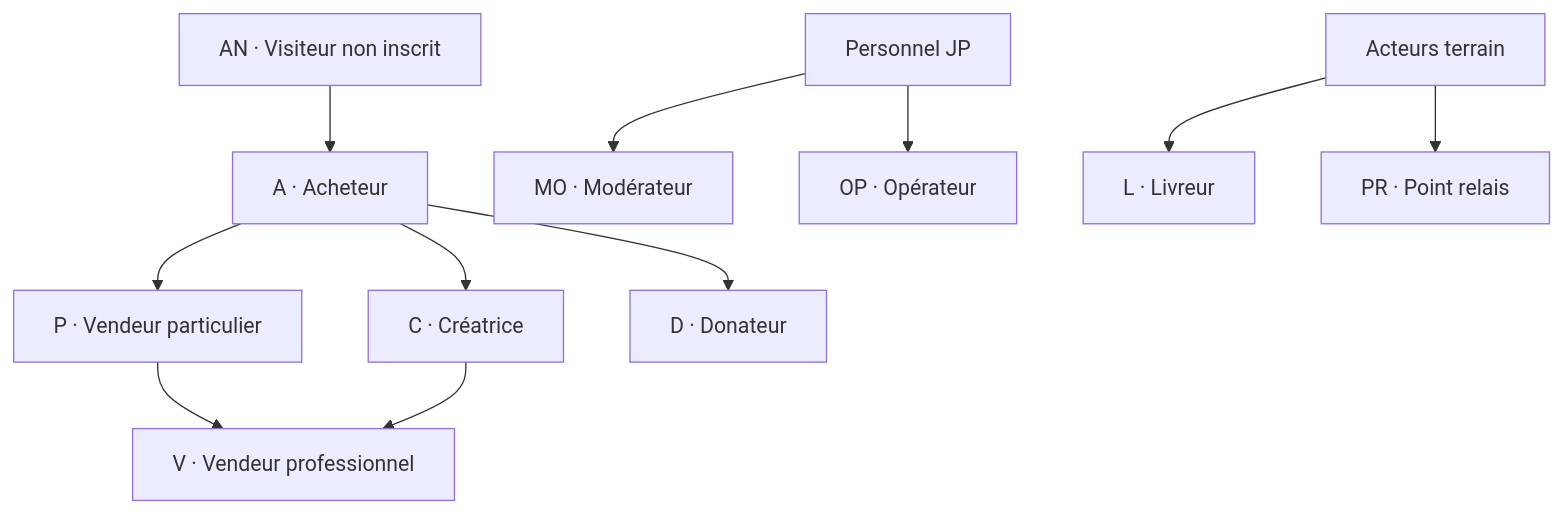
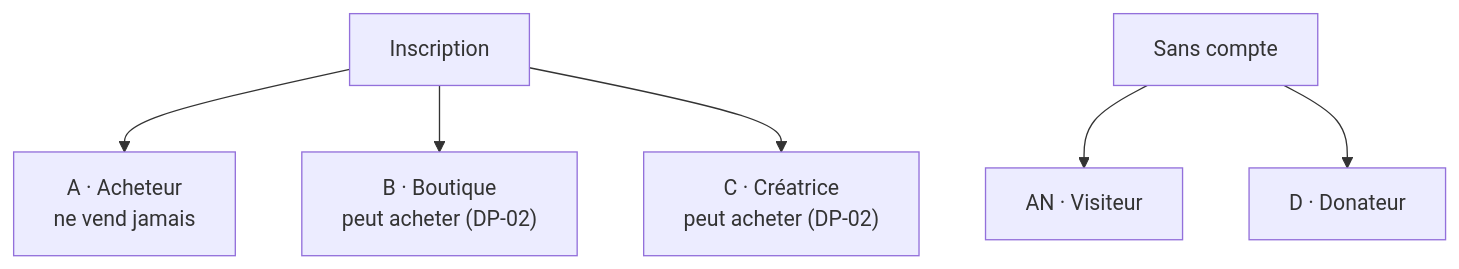
One commit to andokevin/jp changed the first of 26 diagrams in docs/JP_CAS_UTILISATION.md. Above: the diagram before and after it, drawn with Mermaid. The commit also changed other lines of this file and 58 other files, not shown here.

````diff
--- a/docs/JP_CAS_UTILISATION.md
+++ b/docs/JP_CAS_UTILISATION.md
@@ -46,13 +53,8 @@
 ```mermaid
 flowchart TD
-    AN["AN · Visiteur non inscrit"] --> A["A · Acheteur"]
-    A --> P["P · Vendeur particulier"]
-    A --> C["C · Créatrice"]
-    P --> V["V · Vendeur professionnel"]
-    C --> V
-    A --> D["D · Donateur"]
-    OPS["Personnel JP"] --> MO["MO · Modérateur"]
-    OPS --> OP["OP · Opérateur"]
-    TERRAIN["Acteurs terrain"] --> L["L · Livreur"]
-    TERRAIN --> PR["PR · Point relais"]
+    INSC["Inscription"] --> A["A · Acheteur<br/>ne vend jamais"]
+    INSC --> B["B · Boutique<br/>peut acheter (DP-02)"]
+    INSC --> C["C · Créatrice<br/>peut acheter (DP-02)"]
+    SANS["Sans compte"] --> AN["AN · Visiteur"]
+    SANS --> D["D · Donateur"]
 ```
````
